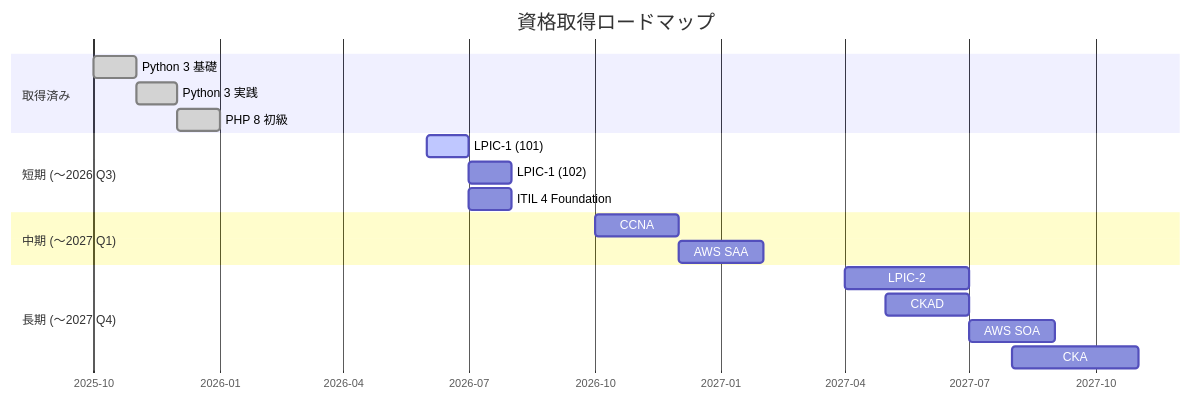
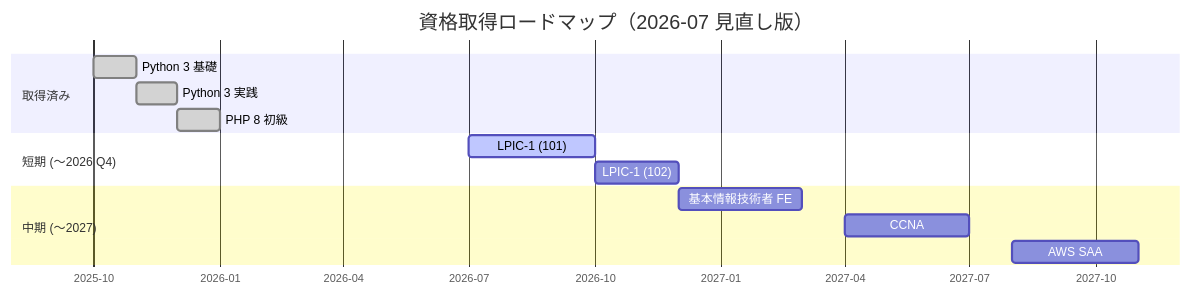
One commit to ns7jp/ns7jp changed the diagram in docs/certifications/roadmap.md. Above: the diagram before and after it, drawn with Mermaid. The commit also changed other lines of this file and 32 other files, not shown here.

````diff
--- a/docs/certifications/roadmap.md
+++ b/docs/certifications/roadmap.md
@@ -25,26 +43,20 @@
 ```mermaid
 gantt
-    title 資格取得ロードマップ
+    title 資格取得ロードマップ（2026-07 見直し版）
     dateFormat YYYY-MM
     axisFormat %Y-%m
 
     section 取得済み
     Python 3 基礎      :done, p1, 2025-10, 2025-11
     Python 3 実践      :done, p2, 2025-11, 2025-12
     PHP 8 初級         :done, p3, 2025-12, 2026-01
 
-    section 短期 (〜2026 Q3)
-    LPIC-1 (101)       :active, l1, 2026-06, 2026-07
-    LPIC-1 (102)       :l2, after l1, 1M
-    ITIL 4 Foundation  :i1, 2026-07, 1M
+    section 短期 (〜2026 Q4)
+    LPIC-1 (101)       :active, l1, 2026-07, 2026-10
+    LPIC-1 (102)       :l2, after l1, 2M
 
-    section 中期 (〜2027 Q1)
-    CCNA               :c1, 2026-10, 2M
-    AWS SAA            :a1, 2026-12, 2M
-
-    section 長期 (〜2027 Q4)
-    LPIC-2             :l3, 2027-04, 3M
-    CKAD               :k1, 2027-05, 2M
-    AWS SOA            :a2, 2027-07, 2M
-    CKA                :k2, 2027-08, 3M
+    section 中期 (〜2027)
+    基本情報技術者 FE   :f1, 2026-12, 3M
+    CCNA               :c1, 2027-04, 3M
+    AWS SAA            :a1, 2027-08, 3M
 ```
````
